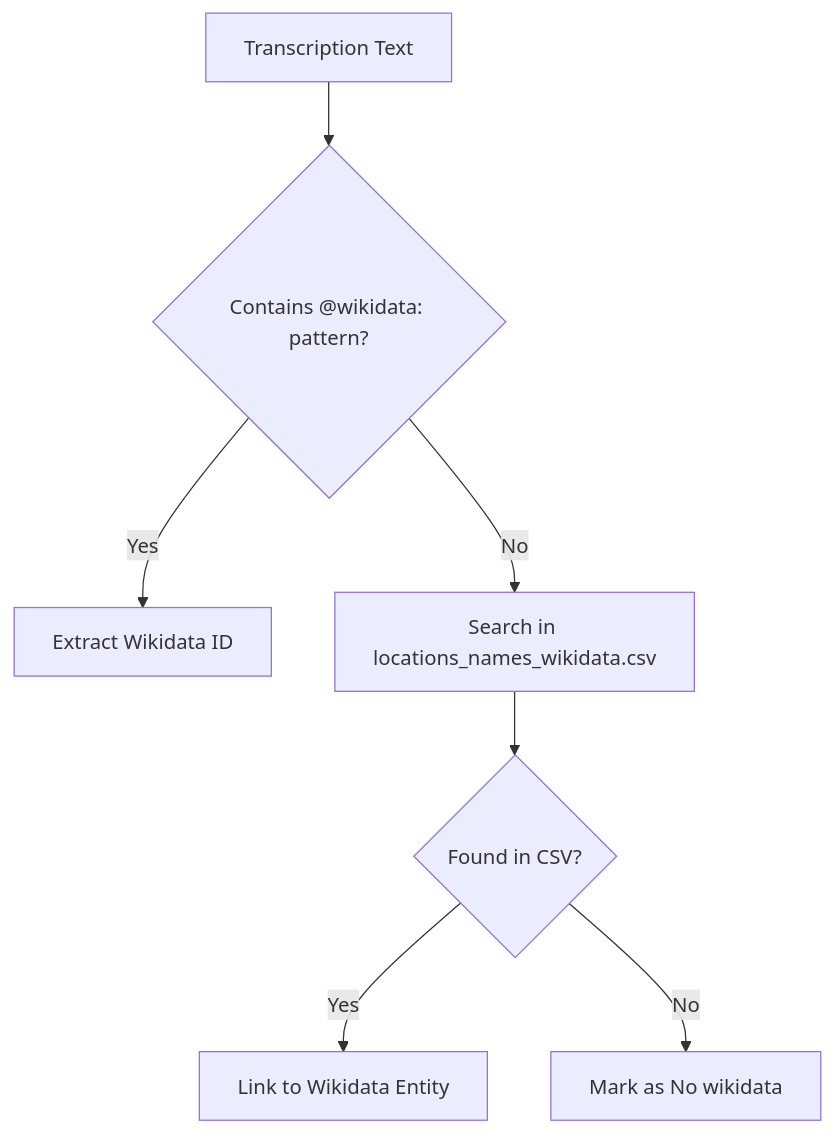
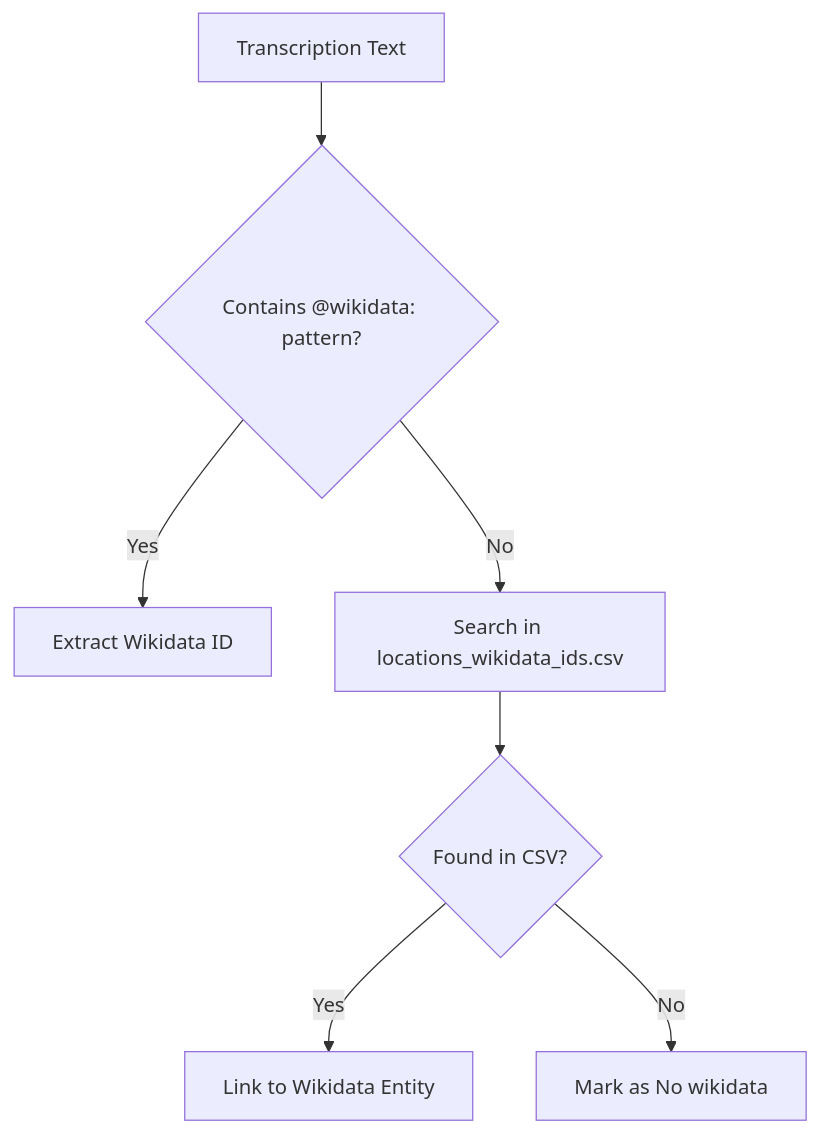
The first of 4 diagrams in .qoder/repowiki/en/content/Data Enrichment/Data Enrichment.md (joaquimrcarvalho/dehergne-locations), drawn with Mermaid before and after one commit. The commit also changed other lines of this file and 8 other files, not shown here.

````diff
--- a/.qoder/repowiki/en/content/Data Enrichment/Data Enrichment.md
+++ b/.qoder/repowiki/en/content/Data Enrichment/Data Enrichment.md
@@ -36,9 +45,9 @@
 ```mermaid
 flowchart TD
 A[Transcription Text] --> B{Contains @wikidata: pattern?}
 B --> |Yes| C[Extract Wikidata ID]
-B --> |No| D[Search in locations_names_wikidata.csv]
+B --> |No| D[Search in locations_wikidata_ids.csv]
 D --> E{Found in CSV?}
 E --> |Yes| F[Link to Wikidata Entity]
 E --> |No| G[Mark as No wikidata]
 ```
````
